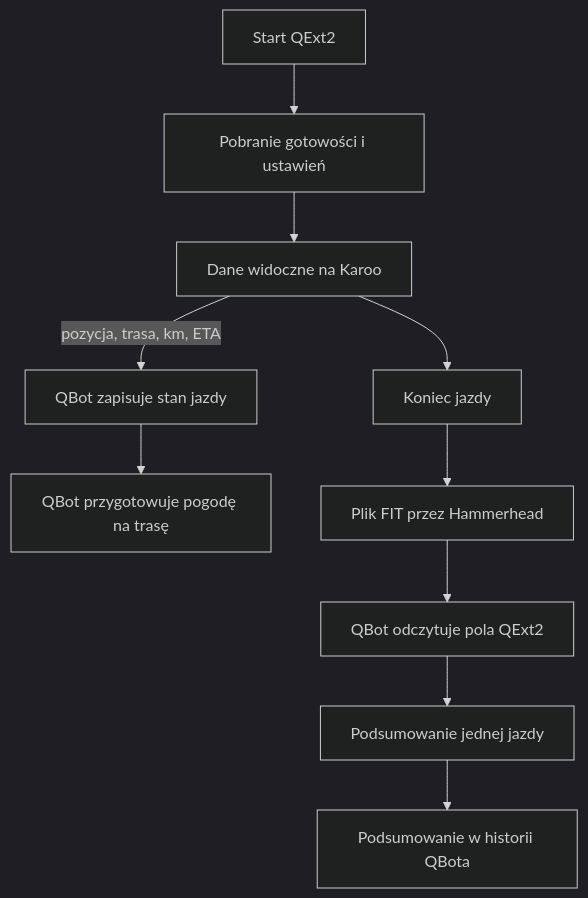
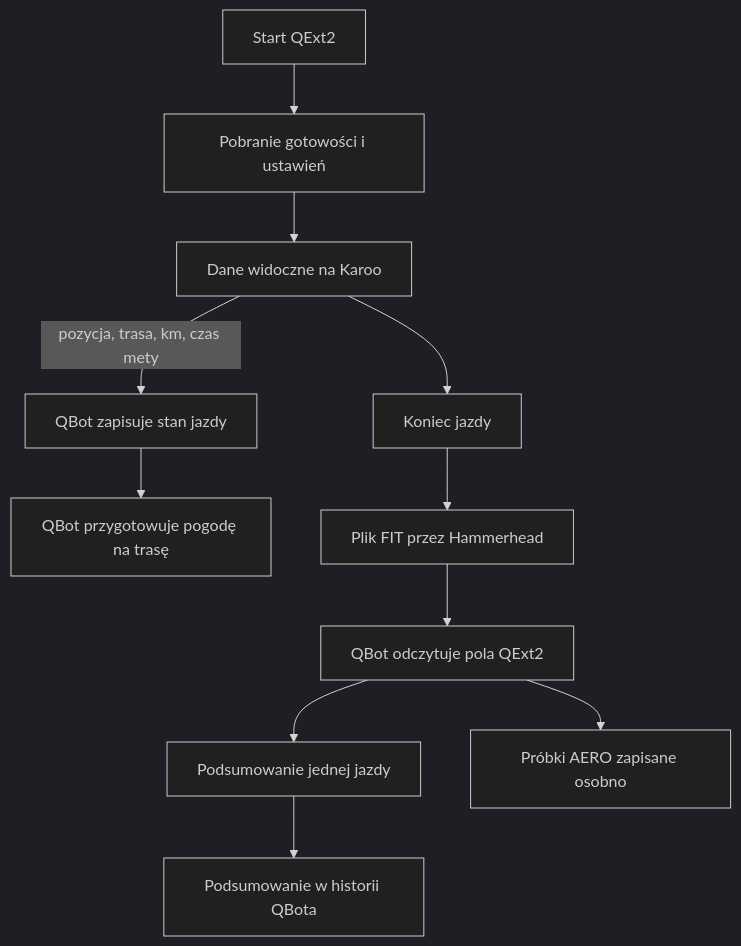
One commit to QbotMS/QbotQ changed the diagram in docs/wiki/qext2/przeplyw-jazdy.md. Above: the diagram before and after it, drawn with Mermaid (dark theme). The commit also changed other lines of this file and 153 other files, not shown here.

````diff
--- a/docs/wiki/qext2/przeplyw-jazdy.md
+++ b/docs/wiki/qext2/przeplyw-jazdy.md
@@ -40,12 +40,13 @@
 ```mermaid
 flowchart TD
   Start[Start QExt2] --> Readiness[Pobranie gotowości i ustawień]
   Readiness --> Ekran[Dane widoczne na Karoo]
-  Ekran -->|pozycja, trasa, km, ETA| Ping[QBot zapisuje stan jazdy]
+  Ekran -->|pozycja, trasa, km, czas mety| Ping[QBot zapisuje stan jazdy]
   Ping --> Info[QBot przygotowuje pogodę na trasę]
   Ekran --> Koniec[Koniec jazdy]
   Koniec --> FIT[Plik FIT przez Hammerhead]
   FIT --> Parse[QBot odczytuje pola QExt2]
   Parse --> Sum[Podsumowanie jednej jazdy]
   Sum --> DB[Podsumowanie w historii QBota]
+  Parse --> Aero[Próbki AERO zapisane osobno]
 ```
````
